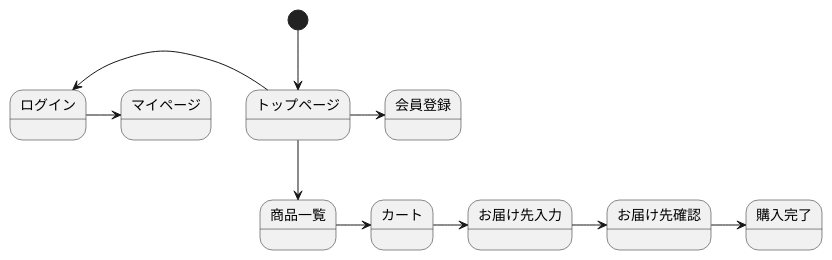
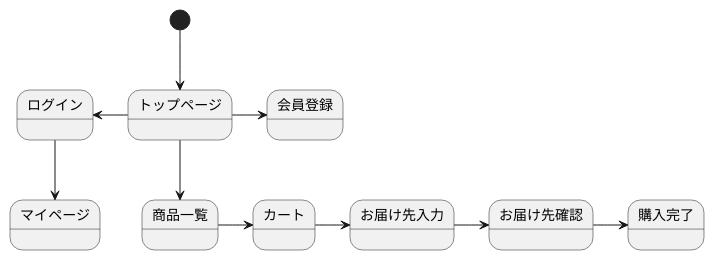
One commit to Aso2001163/2021sys-design-2 changed the diagram in stm01.md. Above: the diagram before and after it, drawn with PlantUML.

````diff
--- a/stm01.md
+++ b/stm01.md
@@ -1,13 +1,13 @@
 ```uml
 @startuml
 [*] --> トップページ
 トップページ -> 会員登録  
 トップページ -left-> ログイン
-ログイン -> マイページ
+ログイン -down-> マイページ
 トップページ --> 商品一覧
 商品一覧 -> カート
 カート -> お届け先入力
 お届け先入力 -> お届け先確認
 お届け先確認 -> 購入完了
 @enduml
 ```
````
